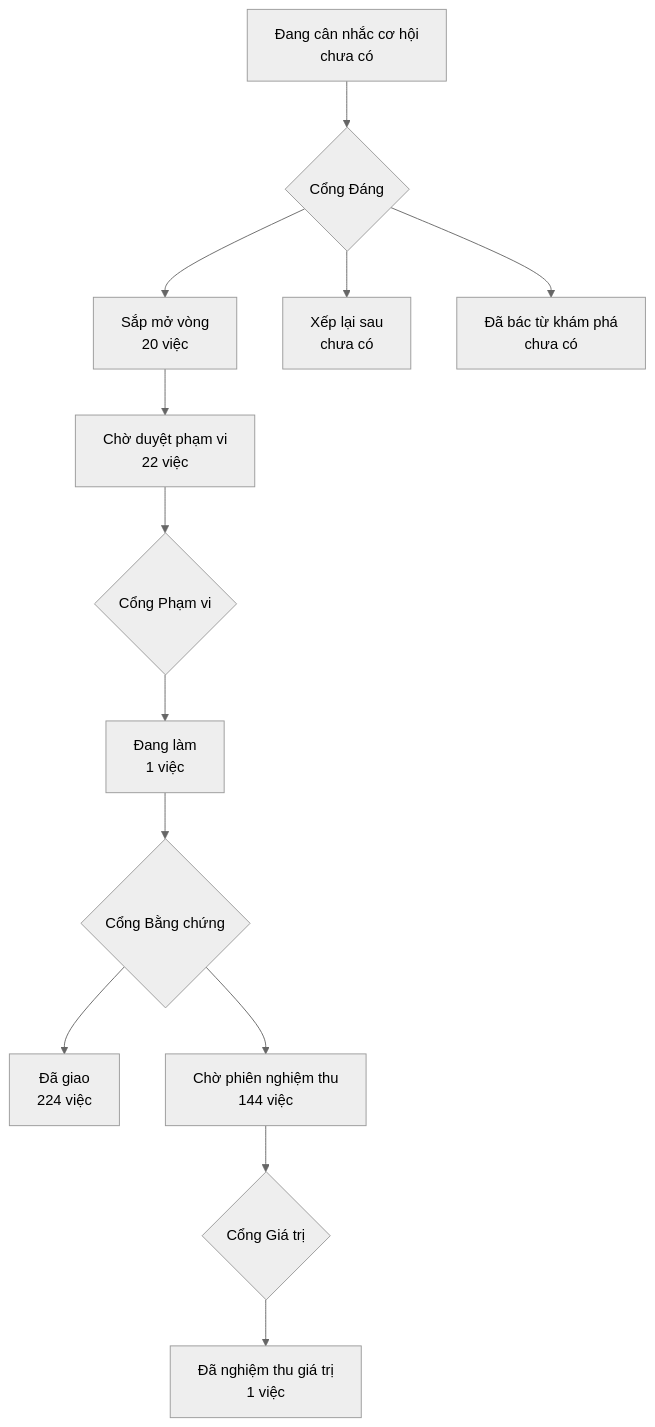
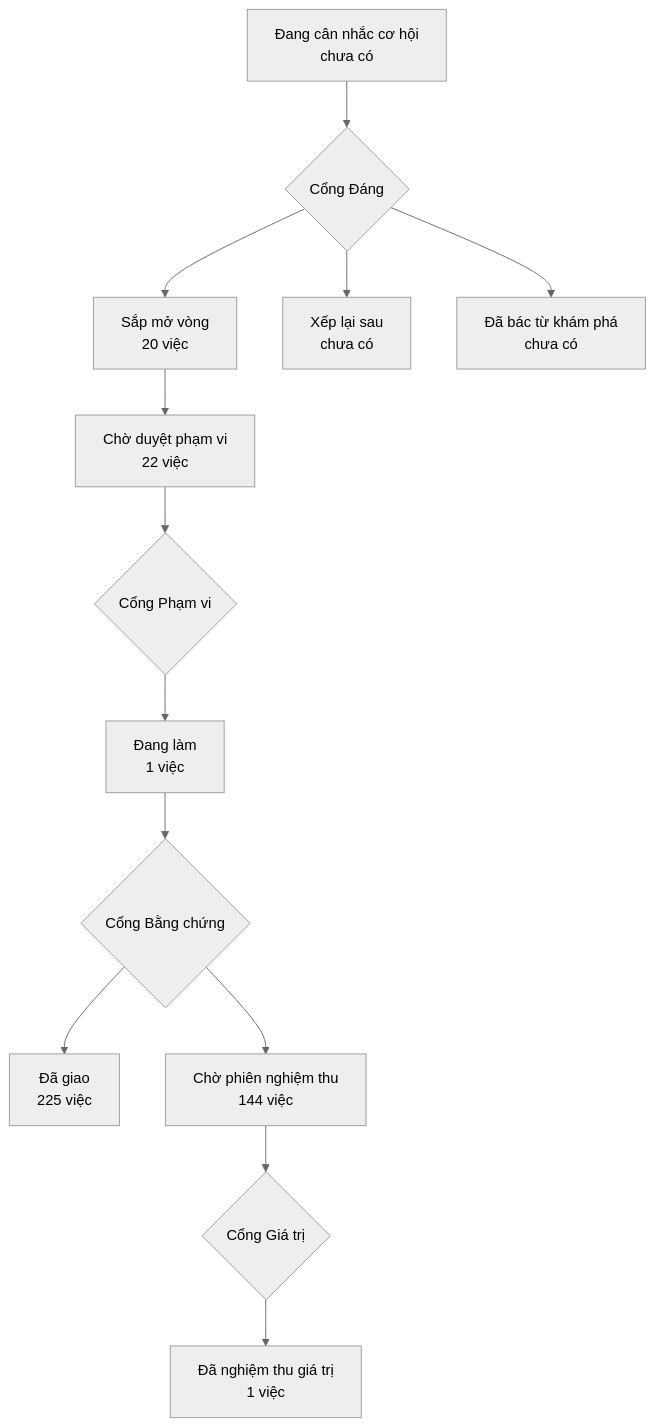
One commit to phanlemanh/onehub-invest changed the diagram in PRODUCT-MAP.md. Above: the diagram before and after it, drawn with Mermaid (neutral theme). The commit also changed other lines of this file and 1 other file, not shown here.

Commit message:
chore(acceptance): vẽ lại PRODUCT-MAP và LO-TRINH sau khi nhận main 04b9ddc3b (db-chi-nghe-noi-bo-va-chinh-postgres)

````diff
--- a/PRODUCT-MAP.md
+++ b/PRODUCT-MAP.md
@@ -7,12 +7,12 @@
 ```mermaid
 flowchart TD
   A["Đang cân nhắc cơ hội<br/>chưa có"] --> GD{"Cổng Đáng"}
   GD --> B["Sắp mở vòng<br/>20 việc"]
   GD --> XL["Xếp lại sau<br/>chưa có"]
   GD --> DB["Đã bác từ khám phá<br/>chưa có"]
   B --> CD["Chờ duyệt phạm vi<br/>22 việc"] --> GP{"Cổng Phạm vi"}
   GP --> DL["Đang làm<br/>1 việc"] --> GB{"Cổng Bằng chứng"}
-  GB --> DG["Đã giao<br/>224 việc"]
+  GB --> DG["Đã giao<br/>225 việc"]
   GB --> CN["Chờ phiên nghiệm thu<br/>144 việc"] --> GG{"Cổng Giá trị"}
   GG --> NT["Đã nghiệm thu giá trị<br/>1 việc"]
 ```
````
